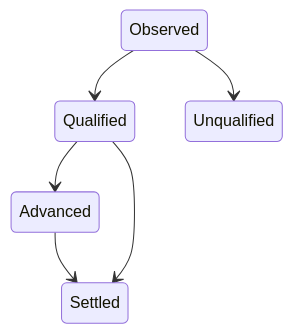
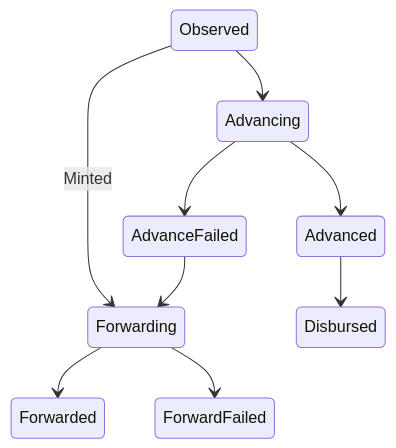
The fourth of 4 diagrams in packages/fast-usdc/README.md (Agoric/agoric-sdk), drawn with Mermaid before and after one commit. The commit also changed other lines of this file, not shown here.

Commit message:
docs: update status manager stateDiagram

````diff
--- a/packages/fast-usdc/README.md
+++ b/packages/fast-usdc/README.md
@@ -77,8 +89,11 @@
 ```mermaid
 stateDiagram-v2
-  Observed --> Qualified
-  Observed --> Unqualified
-  Qualified --> Advanced
-  Advanced --> Settled
-  Qualified --> Settled
+  Observed --> Advancing
+  Observed --> Forwarding:Minted
+  Forwarding --> Forwarded
+  Advancing --> Advanced
+  Advanced --> Disbursed
+  AdvanceFailed --> Forwarding
+  Advancing --> AdvanceFailed
+  Forwarding --> ForwardFailed
 ```
````
